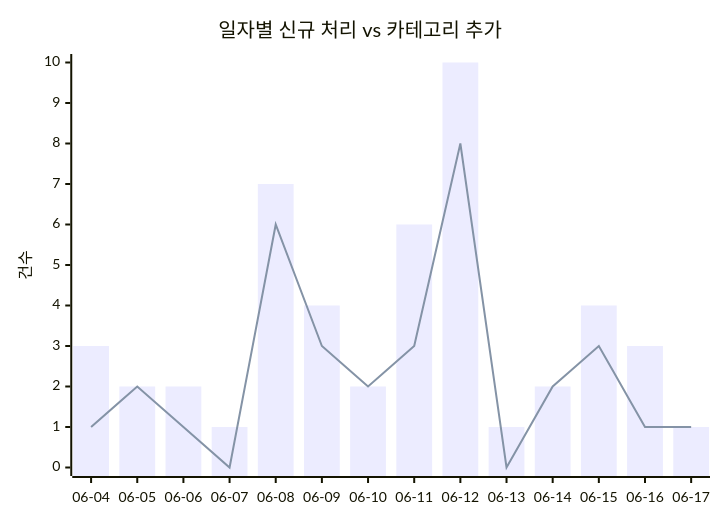
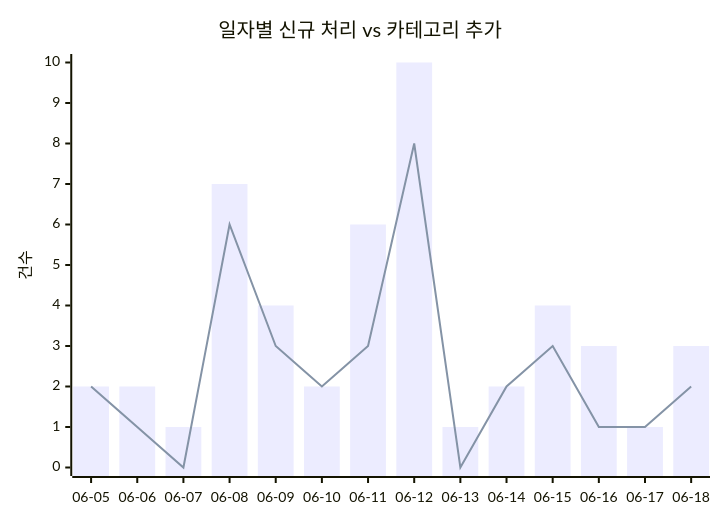
Before and after one commit to J-nowcow/awesome-korean-agent-skills: the first of 2 diagrams in docs/trends.md, drawn with Mermaid. The commit also changed other lines of this file and 5 other files, not shown here.

````diff
--- a/docs/trends.md
+++ b/docs/trends.md
@@ -32,8 +32,8 @@
 ```mermaid
 xychart-beta
     title "일자별 신규 처리 vs 카테고리 추가"
-    x-axis ["06-04","06-05","06-06","06-07","06-08","06-09","06-10","06-11","06-12","06-13","06-14","06-15","06-16","06-17"]
+    x-axis ["06-05","06-06","06-07","06-08","06-09","06-10","06-11","06-12","06-13","06-14","06-15","06-16","06-17","06-18"]
     y-axis "건수"
-    bar [3,2,2,1,7,4,2,6,10,1,2,4,3,1]
-    line [1,2,1,0,6,3,2,3,8,0,2,3,1,1]
+    bar [2,2,1,7,4,2,6,10,1,2,4,3,1,3]
+    line [2,1,0,6,3,2,3,8,0,2,3,1,1,2]
 ```
````
